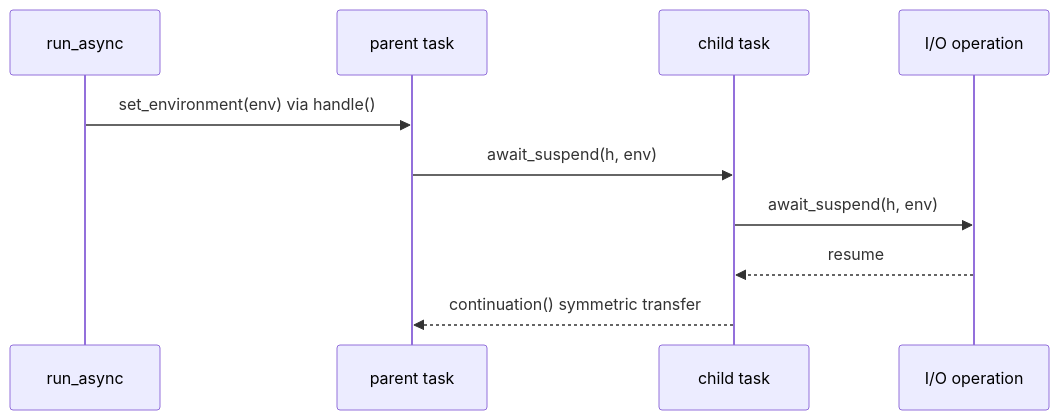
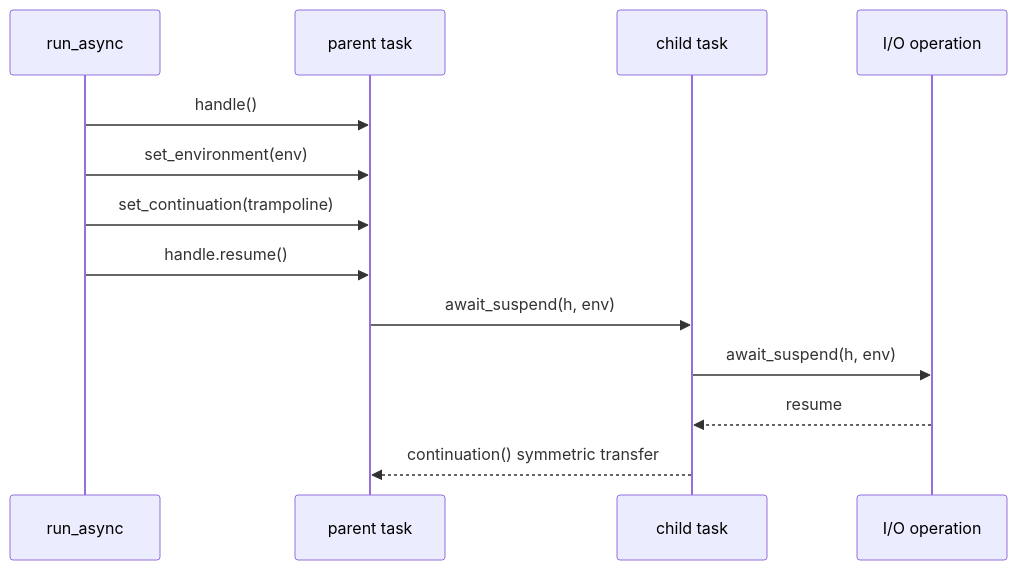
The second of 3 diagrams in source/d4003-coroutine-io.md (gregjkal/wg21-papers), drawn with Mermaid before and after one commit. The commit also changed other lines of this file and 14 other files, not shown here.

````diff
--- a/source/d4003-coroutine-io.md
+++ b/source/d4003-coroutine-io.md
@@ -241,13 +241,16 @@
 ```mermaid
 sequenceDiagram
     participant run_async
     participant parent as parent task
     participant child as child task
     participant io as I/O operation
 
-    run_async->>parent: set_environment(env) via handle()
+    run_async->>parent: handle()
+    run_async->>parent: set_environment(env)
+    run_async->>parent: set_continuation(trampoline)
+    run_async->>parent: handle.resume()
     parent->>child: await_suspend(h, env)
     child->>io: await_suspend(h, env)
     io-->>child: resume
     child-->>parent: continuation() symmetric transfer
 ```
````
